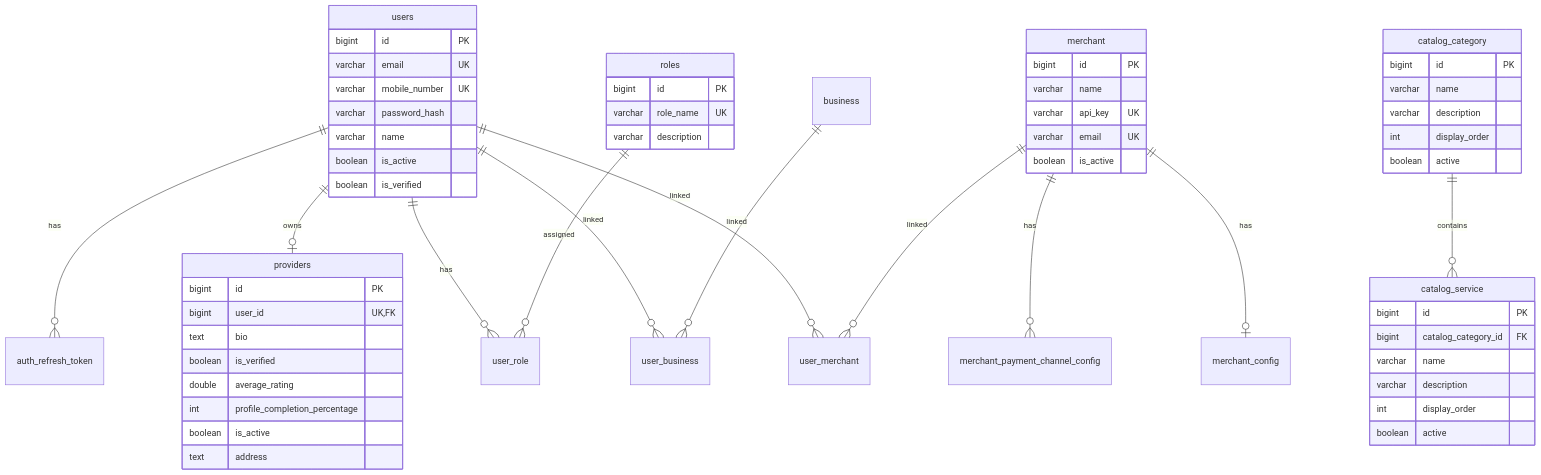
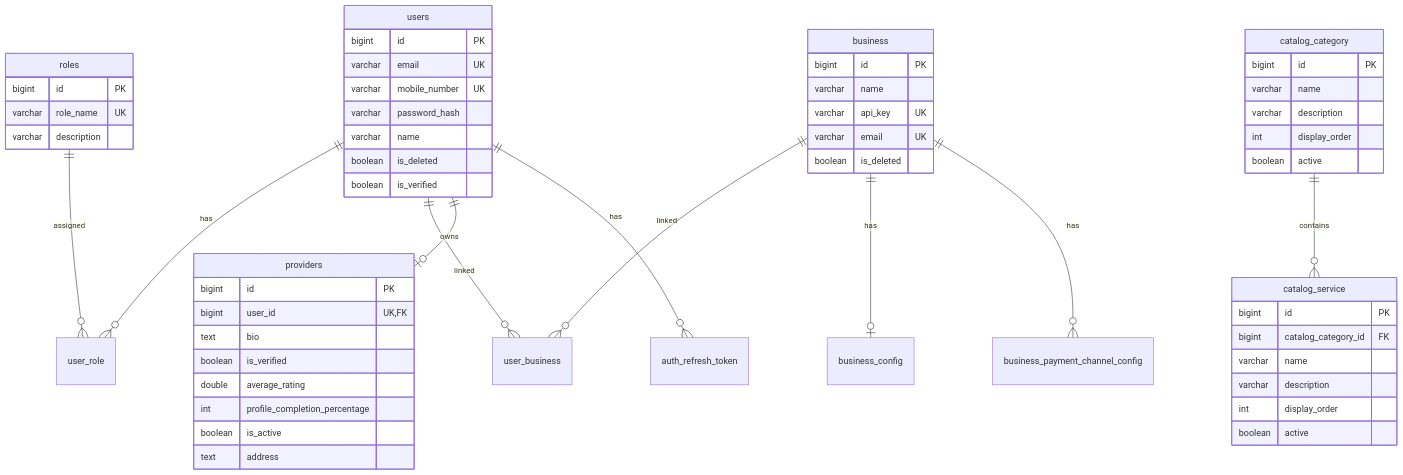
Before and after one commit to runalb/digi-payment-gateway: the diagram in docs/DATABASE.md, drawn with Mermaid. The commit also changed other lines of this file and 8 other files, not shown here.

First line of the commit message:
Docs: switch merchant → business; add API docs

````diff
--- a/docs/DATABASE.md
+++ b/docs/DATABASE.md
@@ -27,66 +27,64 @@
 ```mermaid
 erDiagram
     users ||--o{ user_role : has
     roles ||--o{ user_role : assigned
-    users ||--o{ user_merchant : linked
-    merchant ||--o{ user_merchant : linked
     users ||--o{ user_business : linked
     business ||--o{ user_business : linked
     users ||--o| providers : owns
     users ||--o{ auth_refresh_token : has
-    merchant ||--o| merchant_config : has
-    merchant ||--o{ merchant_payment_channel_config : has
+    business ||--o| business_config : has
+    business ||--o{ business_payment_channel_config : has
     catalog_category ||--o{ catalog_service : contains
 
     users {
         bigint id PK
         varchar email UK
         varchar mobile_number UK
         varchar password_hash
         varchar name
-        boolean is_active
+        boolean is_deleted
         boolean is_verified
     }
 
     roles {
         bigint id PK
         varchar role_name UK
         varchar description
     }
 
-    merchant {
+    business {
         bigint id PK
         varchar name
         varchar api_key UK
         varchar email UK
-        boolean is_active
+        boolean is_deleted
     }
 
     providers {
         bigint id PK
         bigint user_id UK,FK
         text bio
         boolean is_verified
         double average_rating
         int profile_completion_percentage
         boolean is_active
         text address
     }
 
     catalog_category {
         bigint id PK
         varchar name
         varchar description
         int display_order
         boolean active
     }
 
     catalog_service {
         bigint id PK
         bigint catalog_category_id FK
         varchar name
         varchar description
         int display_order
         boolean active
     }
 ```
````
